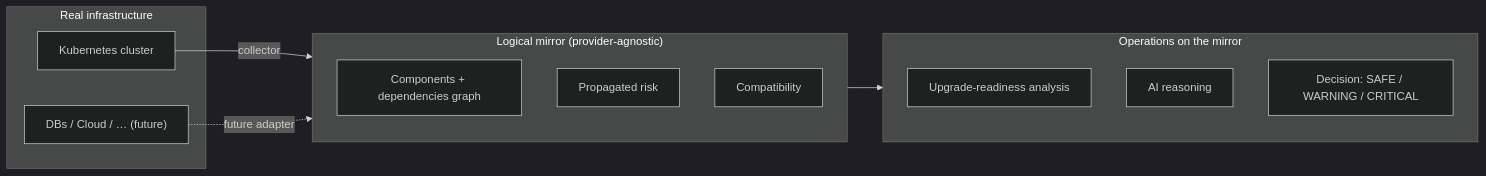
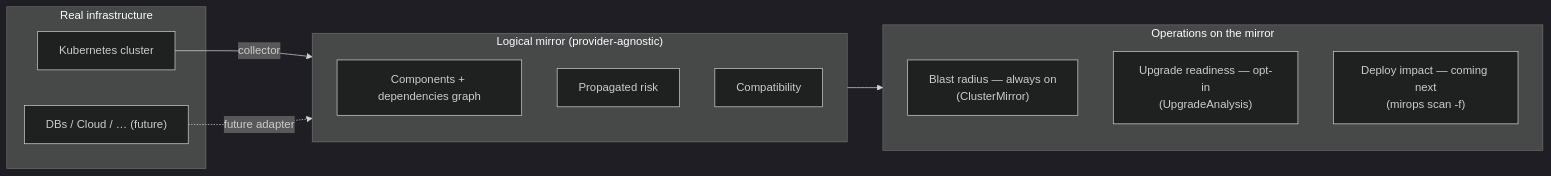
Before and after one commit to miropshq/mirops: the first of 4 diagrams in README.md, drawn with Mermaid (dark theme). The commit also changed other lines of this file, not shown here.

First line of the commit message:
docs: lead the README with the Cluster Mirror (#20)

````diff
--- a/README.md
+++ b/README.md
@@ -28,20 +27,20 @@
 ```mermaid
 flowchart LR
     subgraph Real["Real infrastructure"]
         K8s["Kubernetes cluster"]
         Future["DBs / Cloud / … (future)"]
     end
     subgraph Mirror["Logical mirror (provider-agnostic)"]
         G["Components + dependencies graph"]
         R["Propagated risk"]
         C["Compatibility"]
     end
     subgraph Ops["Operations on the mirror"]
-        A["Upgrade-readiness analysis"]
-        AI["AI reasoning"]
-        D["Decision: SAFE / WARNING / CRITICAL"]
+        B["Blast radius — always on<br/>(ClusterMirror)"]
+        U["Upgrade readiness — opt-in<br/>(UpgradeAnalysis)"]
+        N["Deploy impact — coming next<br/>(mirops scan -f)"]
     end
     K8s -->|collector| Mirror
     Future -.->|future adapter| Mirror
     Mirror --> Ops
 ```
````
